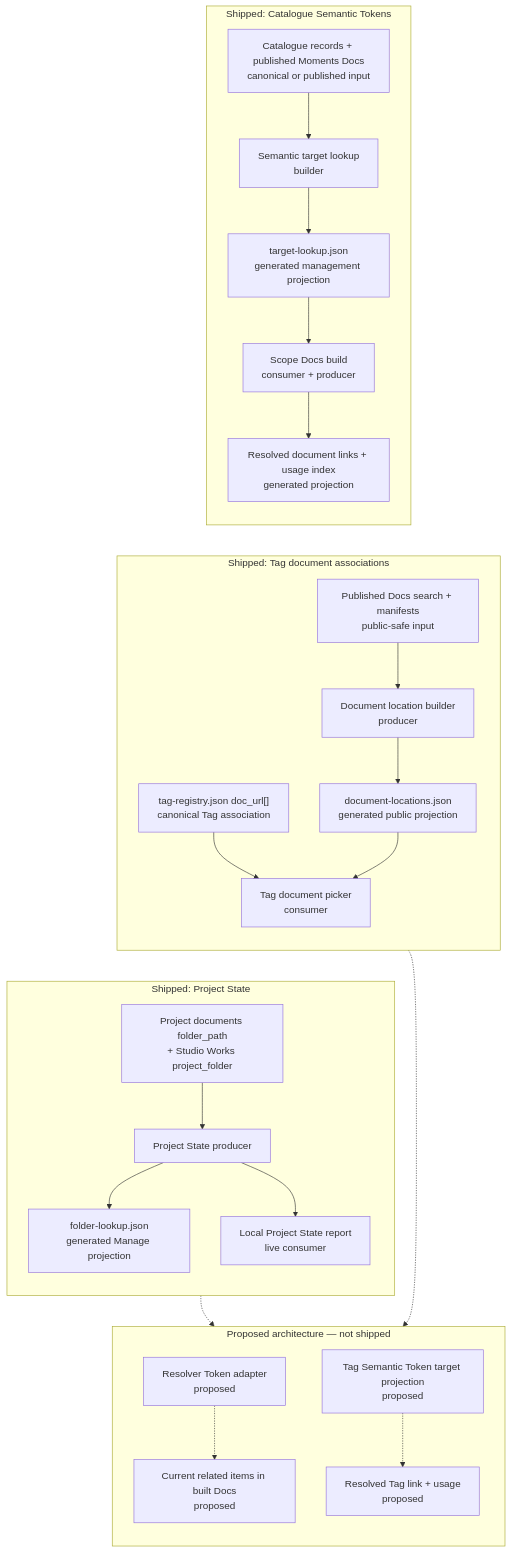
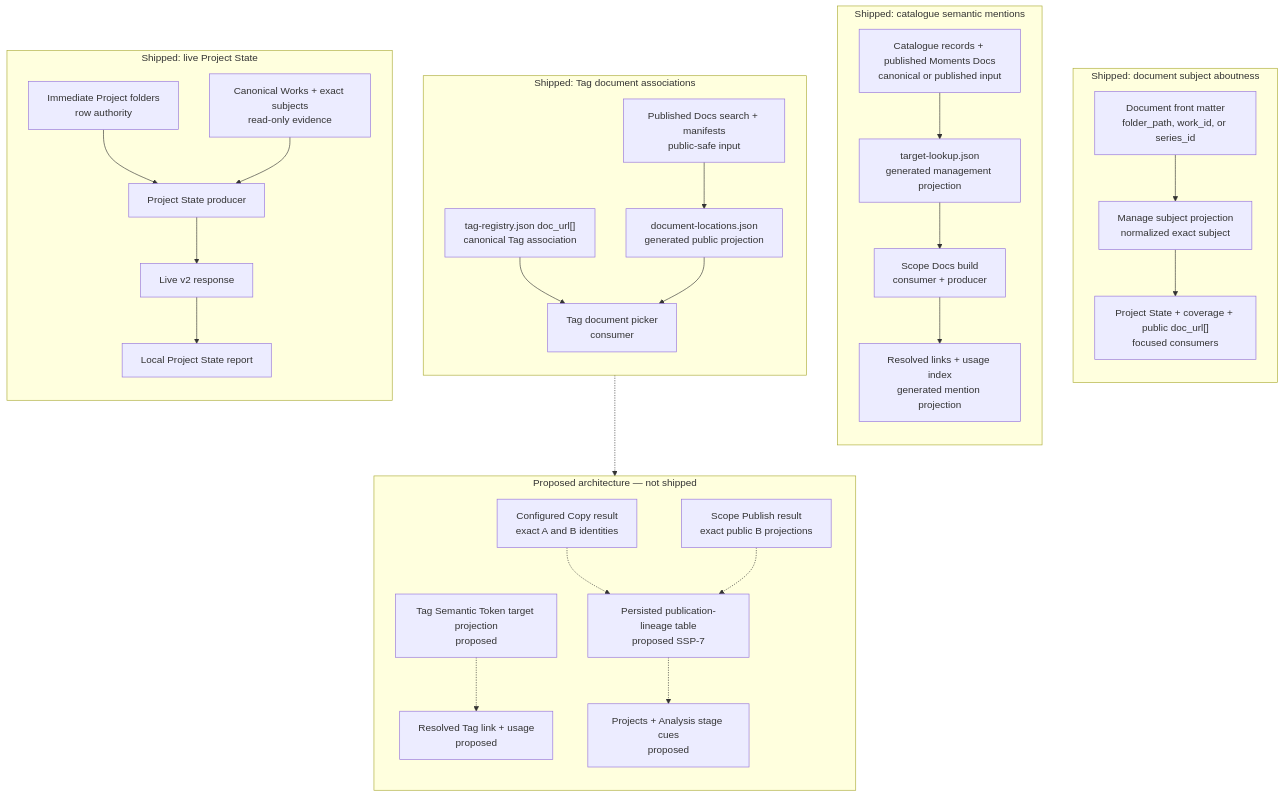
One commit to dotlineform/dotlineform-site changed the diagram in docs-viewer/scopes/studio/source/documents/d-20260802-205912-16bc10.md. Above: the diagram before and after it, drawn with Mermaid. The commit also changed other lines of this file and 48 other files, not shown here.

````diff
--- a/docs-viewer/scopes/studio/source/documents/d-20260802-205912-16bc10.md
+++ b/docs-viewer/scopes/studio/source/documents/d-20260802-205912-16bc10.md
@@ -19,44 +19,56 @@
 ```mermaid
 flowchart TB
-    accTitle: Shipped and proposed cross-system relationship projections
-    accDescr: Current Semantic Token, Tag document-location, and Project State projections are separated from proposed Resolver Token and Tag Semantic Token flows.
-    subgraph semantic["Shipped: Catalogue Semantic Tokens"]
+    accTitle: Current cross-system relationship projections
+    accDescr: Subject aboutness, semantic mentions, Tag document locations, live Project State reporting, and proposed publication lineage remain separate products with explicit authorities.
+
+    subgraph subjects["Shipped: document subject aboutness"]
+        direction TB
+        sourceSubjects["Document front matter<br/>folder_path, work_id, or series_id"]
+        subjectProjection["Manage subject projection<br/>normalized exact subject"]
+        aboutConsumers["Project State + coverage + public doc_url[]<br/>focused consumers"]
+        sourceSubjects --> subjectProjection --> aboutConsumers
+    end
+
+    subgraph semantic["Shipped: catalogue semantic mentions"]
         direction TB
         catalogue["Catalogue records + published Moments Docs<br/>canonical or published input"]
-        targetBuilder["Semantic target lookup<br/>builder"]
         targetLookup["target-lookup.json<br/>generated management projection"]
         docsBuild["Scope Docs build<br/>consumer + producer"]
-        rendered["Resolved document links + usage index<br/>generated projection"]
-        catalogue --> targetBuilder --> targetLookup --> docsBuild --> rendered
+        rendered["Resolved links + usage index<br/>generated mention projection"]
+        catalogue --> targetLookup --> docsBuild --> rendered
     end
+
     subgraph tags["Shipped: Tag document associations"]
         direction TB
         registry["tag-registry.json doc_url[]<br/>canonical Tag association"]
         publishedDocs["Published Docs search + manifests<br/>public-safe input"]
-        locationBuilder["Document location builder<br/>producer"]
         locations["document-locations.json<br/>generated public projection"]
         picker["Tag document picker<br/>consumer"]
         registry --> picker
-        publishedDocs --> locationBuilder --> locations --> picker
+        publishedDocs --> locations --> picker
     end
-    subgraph project["Shipped: Project State"]
+
+    subgraph project["Shipped: live Project State"]
         direction TB
-        projectEvidence["Project documents folder_path<br/>+ Studio Works project_folder"]
+        projectFolders["Immediate Project folders<br/>row authority"]
+        projectEvidence["Canonical Works + exact subjects<br/>read-only evidence"]
         projectState["Project State producer"]
-        projectLookup["folder-lookup.json<br/>generated Manage projection"]
-        projectReport["Local Project State report<br/>live consumer"]
-        projectEvidence --> projectState --> projectLookup
-        projectState --> projectReport
+        projectResponse["Live v2 response"]
+        projectReport["Local Project State report"]
+        projectFolders --> projectState
+        projectEvidence --> projectState --> projectResponse --> projectReport
     end
+
     subgraph proposed["Proposed architecture — not shipped"]
         direction TB
-        resolver["Resolver Token adapter<br/>proposed"]
-        resolverOutput["Current related items in built Docs<br/>proposed"]
         tagTokens["Tag Semantic Token target projection<br/>proposed"]
         tagOutput["Resolved Tag link + usage<br/>proposed"]
-        projectLookup -.-> resolver -.-> resolverOutput
+        copyResult["Configured Copy result<br/>exact A and B identities"]
+        publishResult["Scope Publish result<br/>exact public B projections"]
+        publicationLineage["Persisted publication-lineage table<br/>proposed SSP-7"]
+        publicationCues["Projects + Analysis stage cues<br/>proposed"]
         registry -.-> tagTokens -.-> tagOutput
+        copyResult -.-> publicationLineage
+        publishResult -.-> publicationLineage -.-> publicationCues
     end
-    rendered ~~~ registry
-    picker ~~~ projectEvidence
 ```
````
